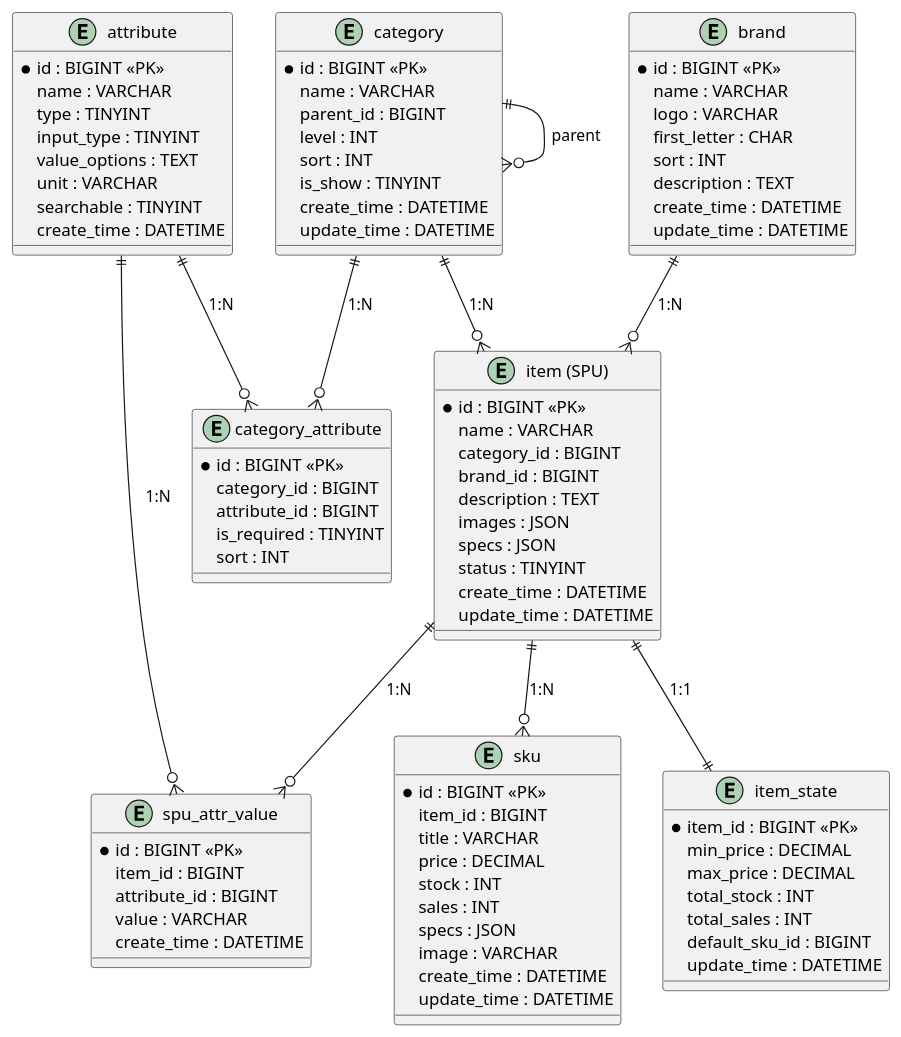
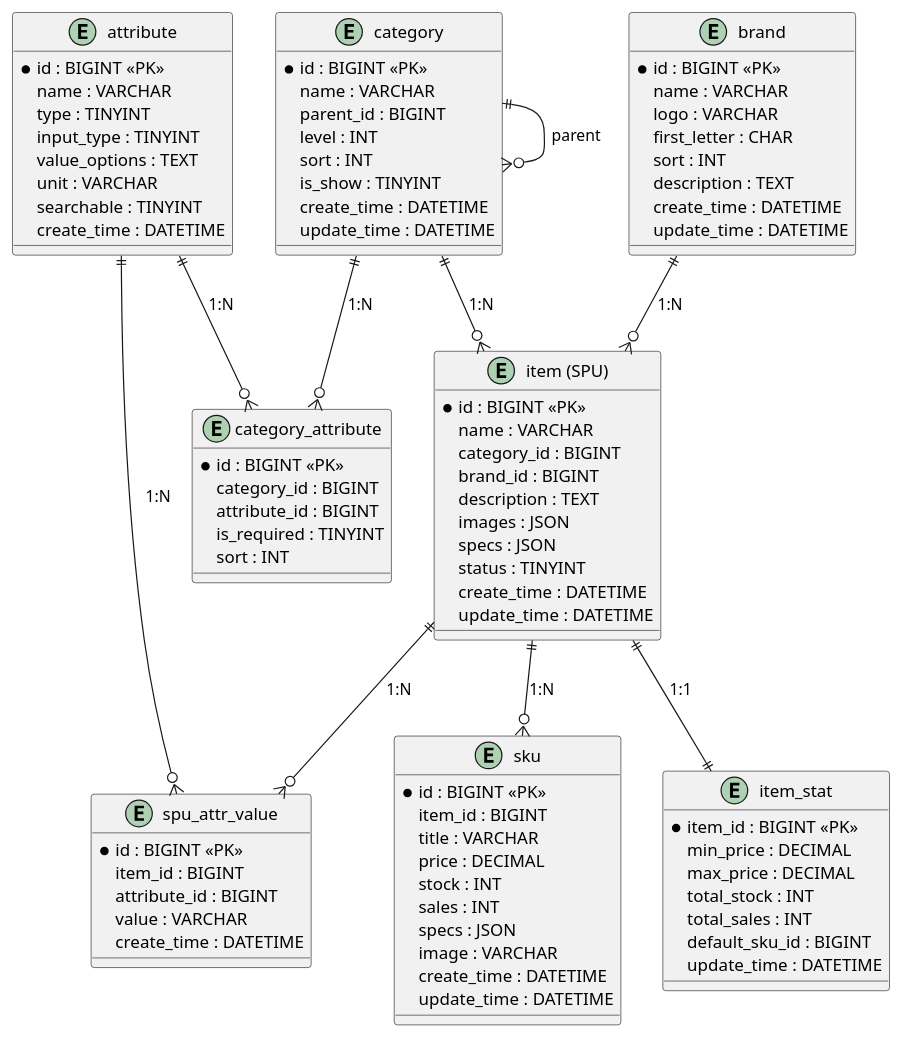
Before and after one commit to wxquare/wxquare.github.io: the diagram in diagrams/ecommerce/1-item-ER.puml, drawn with PlantUML. The commit also changed 17 other files, not shown here.

```diff
--- a/diagrams/ecommerce/1-item-ER.puml
+++ b/diagrams/ecommerce/1-item-ER.puml
@@ -1,98 +1,98 @@
 @startuml
 ' 定义实体
 entity "brand" as Brand {
   *id : BIGINT <<PK>>
   name : VARCHAR
   logo : VARCHAR
   first_letter : CHAR
   sort : INT
   description : TEXT
   create_time : DATETIME
   update_time : DATETIME
 }
 
 entity "category" as Category {
   *id : BIGINT <<PK>>
   name : VARCHAR
   parent_id : BIGINT
   level : INT
   sort : INT
   is_show : TINYINT
   create_time : DATETIME
   update_time : DATETIME
 }
 
 entity "attribute" as Attribute {
   *id : BIGINT <<PK>>
   name : VARCHAR
   type : TINYINT
   input_type : TINYINT
   value_options : TEXT
   unit : VARCHAR
   searchable : TINYINT
   create_time : DATETIME
 }
 
 entity "category_attribute" as CategoryAttribute {
   *id : BIGINT <<PK>>
   category_id : BIGINT
   attribute_id : BIGINT
   is_required : TINYINT
   sort : INT
 }
 
 entity "item (SPU)" as Item {
   *id : BIGINT <<PK>>
   name : VARCHAR
   category_id : BIGINT
   brand_id : BIGINT
   description : TEXT
   images : JSON
   specs : JSON
   status : TINYINT
   create_time : DATETIME
   update_time : DATETIME
 }
 
 entity "sku" as SKU {
   *id : BIGINT <<PK>>
   item_id : BIGINT
   title : VARCHAR
   price : DECIMAL
   stock : INT
   sales : INT
   specs : JSON
   image : VARCHAR
   create_time : DATETIME
   update_time : DATETIME
 }
 
-entity "item_state" as ItemState {
+entity "item_stat" as ItemStat {
   *item_id : BIGINT <<PK>>
   min_price : DECIMAL
   max_price : DECIMAL
   total_stock : INT
   total_sales : INT
   default_sku_id : BIGINT
   update_time : DATETIME
 }
 
 entity "spu_attr_value" as SPUAttrValue {
   *id : BIGINT <<PK>>
   item_id : BIGINT
   attribute_id : BIGINT
   value : VARCHAR
   create_time : DATETIME
 }
 
 ' 关系
 Brand ||--o{ Item : "1:N"
 Category ||--o{ Item : "1:N"
 Category ||--o{ Category : "parent"
 Category ||--o{ CategoryAttribute : "1:N"
 Attribute ||--o{ CategoryAttribute : "1:N"
 Item ||--o{ SKU : "1:N"
-Item ||--|| ItemState : "1:1"
+Item ||--|| ItemStat : "1:1"
 Item ||--o{ SPUAttrValue : "1:N"
 Attribute ||--o{ SPUAttrValue : "1:N"
 @enduml
```
